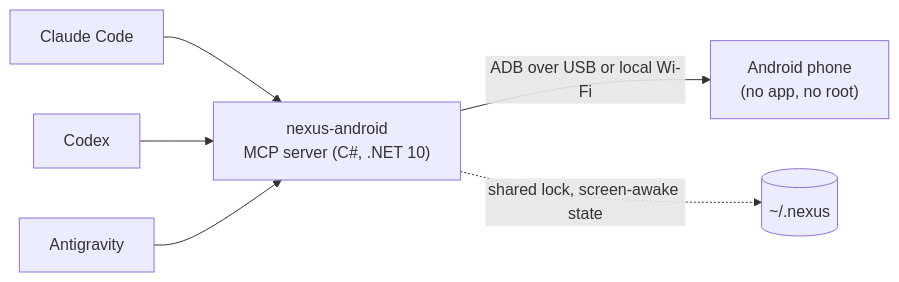
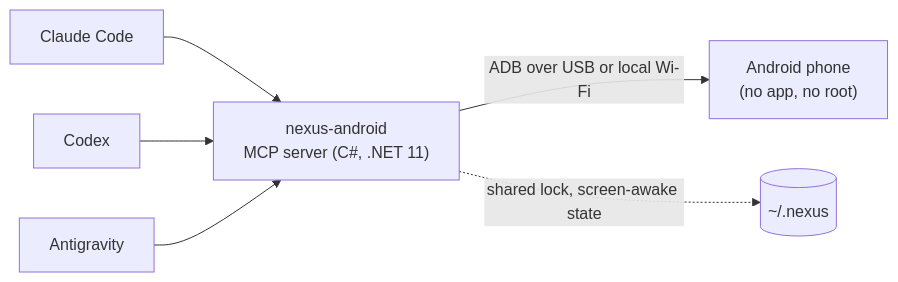
The diagram in README.md (pironjulien/NexusAndroid), drawn with Mermaid before and after one commit. The commit also changed other lines of this file and 19 other files, not shown here.

Commit message:
NexusAndroid 0.26.0: runs on .NET 11 (SDK 11.0.100, ILCompiler and ILLink 11.0.0, lock files regenerated); fixes for the new analyzer rules CA2263 (generic GetTypeInfo) and CA2026 (JsonElement.Parse in tests); Dependabot note on AOT majors follows .NET 11

````diff
--- a/README.md
+++ b/README.md
@@ -197,8 +197,8 @@
 ```mermaid
 flowchart LR
     A["Claude Code"] --> S
     B["Codex"] --> S
     C["Antigravity"] --> S
-    S["nexus-android<br/>MCP server (C#, .NET 10)"] -->|"ADB over USB or local Wi-Fi"| P["Android phone<br/>(no app, no root)"]
+    S["nexus-android<br/>MCP server (C#, .NET 11)"] -->|"ADB over USB or local Wi-Fi"| P["Android phone<br/>(no app, no root)"]
     S -.->|"shared lock, screen-awake state"| L[("~/.nexus")]
 ```
````
